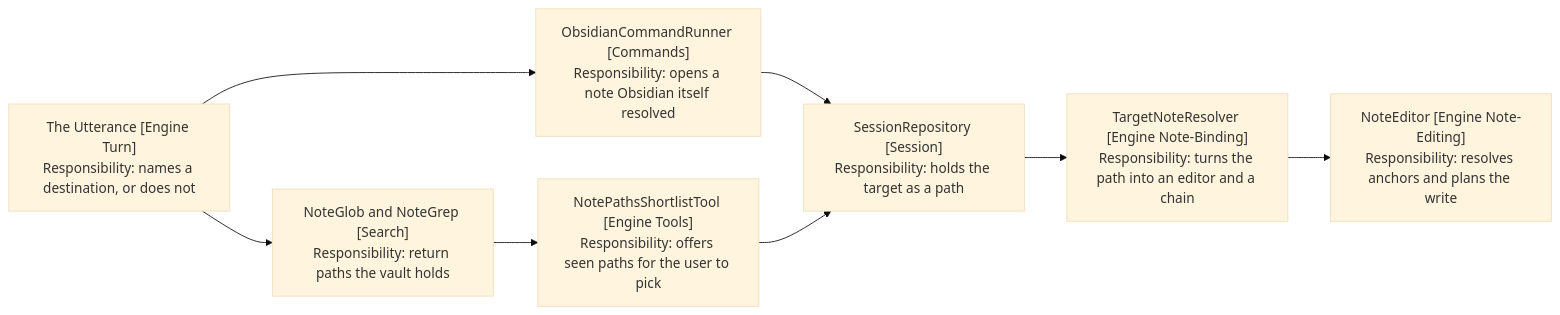
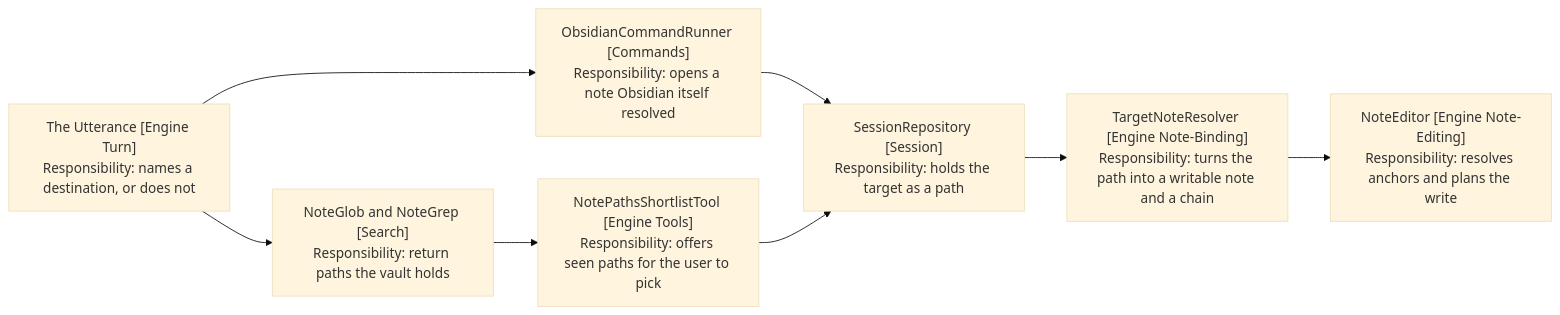
One commit to iparips/obsidian-tyto changed the diagram in docs/architecture/6-reaching-a-note.md. Above: the diagram before and after it, drawn with Mermaid (base theme). The commit also changed other lines of this file and 2 other files, not shown here.

First line of the commit message:
Record note-binding's two new rules in the architecture

````diff
--- a/docs/architecture/6-reaching-a-note.md
+++ b/docs/architecture/6-reaching-a-note.md
@@ -12,18 +12,18 @@
 ```mermaid
 flowchart LR
     Utterance["The Utterance [Engine Turn]<br/>Responsibility: names a destination, or does not"]
     Command["ObsidianCommandRunner [Commands]<br/>Responsibility: opens a note Obsidian itself resolved"]
     Search["NoteGlob and NoteGrep [Search]<br/>Responsibility: return paths the vault holds"]
     Shortlist["NotePathsShortlistTool [Engine Tools]<br/>Responsibility: offers seen paths for the user to pick"]
     Session["SessionRepository [Session]<br/>Responsibility: holds the target as a path"]
-    Resolver["TargetNoteResolver [Engine Note-Binding]<br/>Responsibility: turns the path into an editor and a chain"]
+    Resolver["TargetNoteResolver [Engine Note-Binding]<br/>Responsibility: turns the path into a writable note and a chain"]
     Editor["NoteEditor [Engine Note-Editing]<br/>Responsibility: resolves anchors and plans the write"]
 
     Utterance --> Command
     Utterance --> Search
     Search --> Shortlist
     Command --> Session
     Shortlist --> Session
     Session --> Resolver
     Resolver --> Editor
 ```
````
